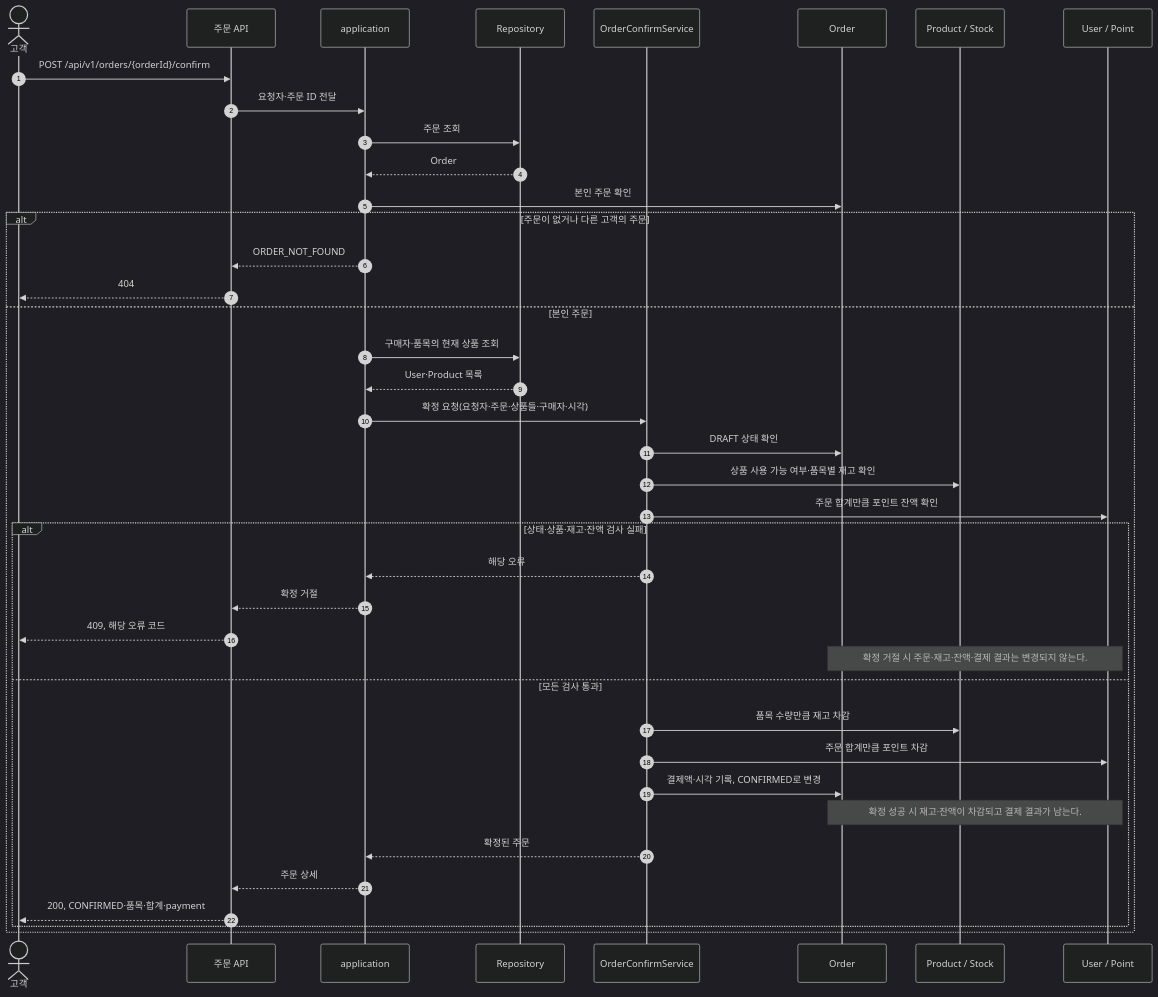
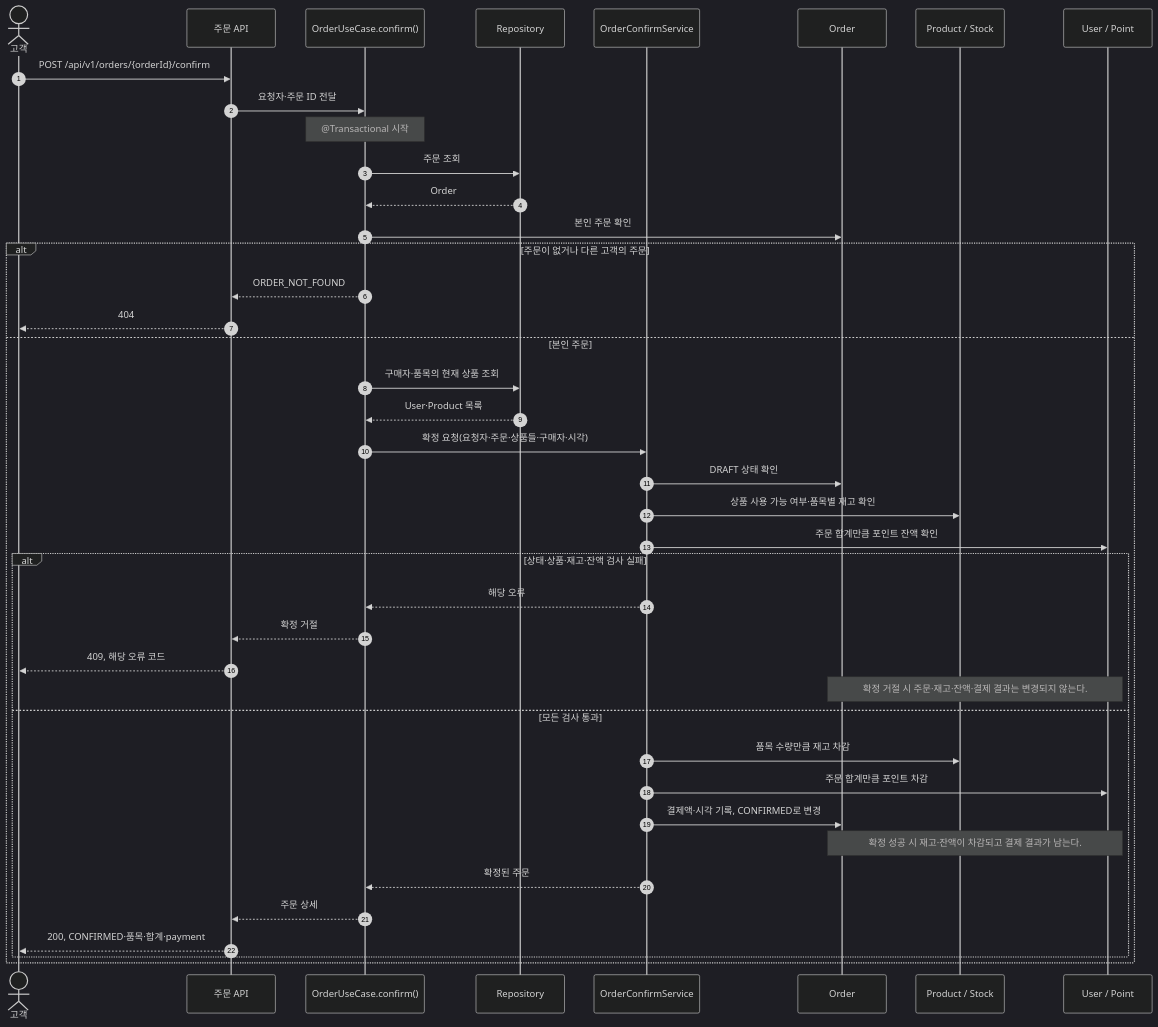
The second of 2 diagrams in docs/week2/order-sequence.md (jeongye01/loop-pack-be-l2-vol5-java), drawn with Mermaid (dark theme) before and after one commit. The commit also changed other lines of this file, not shown here.

Commit message:
docs: clarify order confirmation transaction boundary

````diff
--- a/docs/week2/order-sequence.md
+++ b/docs/week2/order-sequence.md
@@ -35,43 +35,44 @@
 ```mermaid
 sequenceDiagram
     autonumber
     actor C as 고객
     participant API as 주문 API
-    participant A as application
+    participant A as OrderUseCase.confirm()
     participant R as Repository
     participant S as OrderConfirmService
     participant O as Order
     participant P as Product / Stock
     participant U as User / Point
 
     C->>API: POST /api/v1/orders/{orderId}/confirm
     API->>A: 요청자·주문 ID 전달
+    Note over A: @Transactional 시작
     A->>R: 주문 조회
     R-->>A: Order
     A->>O: 본인 주문 확인
     alt 주문이 없거나 다른 고객의 주문
         A-->>API: ORDER_NOT_FOUND
         API-->>C: 404
     else 본인 주문
         A->>R: 구매자·품목의 현재 상품 조회
         R-->>A: User·Product 목록
         A->>S: 확정 요청(요청자·주문·상품들·구매자·시각)
         S->>O: DRAFT 상태 확인
         S->>P: 상품 사용 가능 여부·품목별 재고 확인
         S->>U: 주문 합계만큼 포인트 잔액 확인
         alt 상태·상품·재고·잔액 검사 실패
             S-->>A: 해당 오류
             A-->>API: 확정 거절
             API-->>C: 409, 해당 오류 코드
             Note over O,U: 확정 거절 시 주문·재고·잔액·결제 결과는 변경되지 않는다.
         else 모든 검사 통과
             S->>P: 품목 수량만큼 재고 차감
             S->>U: 주문 합계만큼 포인트 차감
             S->>O: 결제액·시각 기록, CONFIRMED로 변경
             Note over O,U: 확정 성공 시 재고·잔액이 차감되고 결제 결과가 남는다.
             S-->>A: 확정된 주문
             A-->>API: 주문 상세
             API-->>C: 200, CONFIRMED·품목·합계·payment
         end
     end
 ```
````
